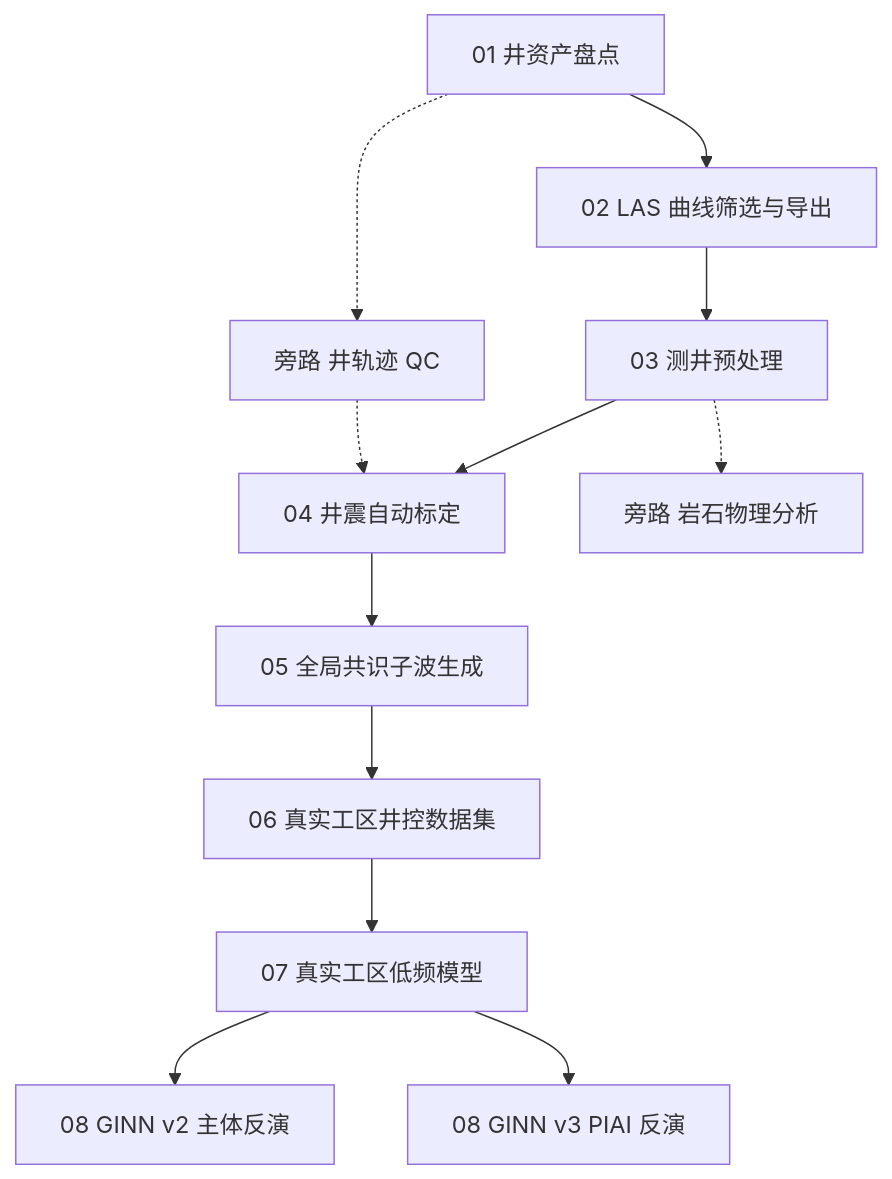
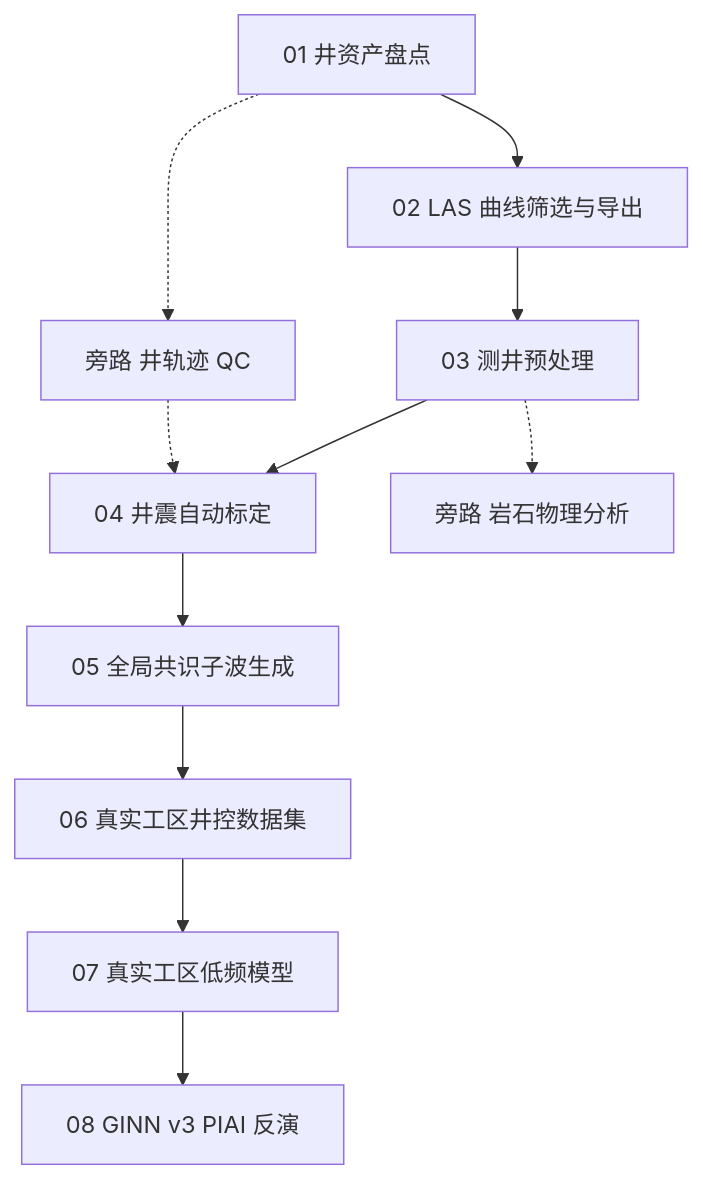
The diagram in docs/index.md (oimero/inversion_workflow), drawn with Mermaid before and after one commit. The commit also changed other lines of this file and 14 other files, not shown here.

````diff
--- a/docs/index.md
+++ b/docs/index.md
@@ -3,11 +3,10 @@
 ```mermaid
 flowchart TB
-    S1["01 井资产盘点"] --> S2["02 LAS 曲线筛选与导出"] --> S3["03 测井预处理"] --> S4["04 井震自动标定"] --> S5["05 全局共识子波生成"] --> S6["06 真实工区井控数据集"] --> S7["07 真实工区低频模型"] --> S8["08 GINN v2 主体反演"]
-    S7 --> S8P["08 GINN v3 PIAI 反演"]
+    S1["01 井资产盘点"] --> S2["02 LAS 曲线筛选与导出"] --> S3["03 测井预处理"] --> S4["04 井震自动标定"] --> S5["05 全局共识子波生成"] --> S6["06 真实工区井控数据集"] --> S7["07 真实工区低频模型"] --> S8["08 GINN v3 PIAI 反演"]
 
     WT["旁路 井轨迹 QC"]
     S1 -.-> WT -.-> S4
 
     RP["旁路 岩石物理分析"]
     S3 -.-> RP
 ```
````
